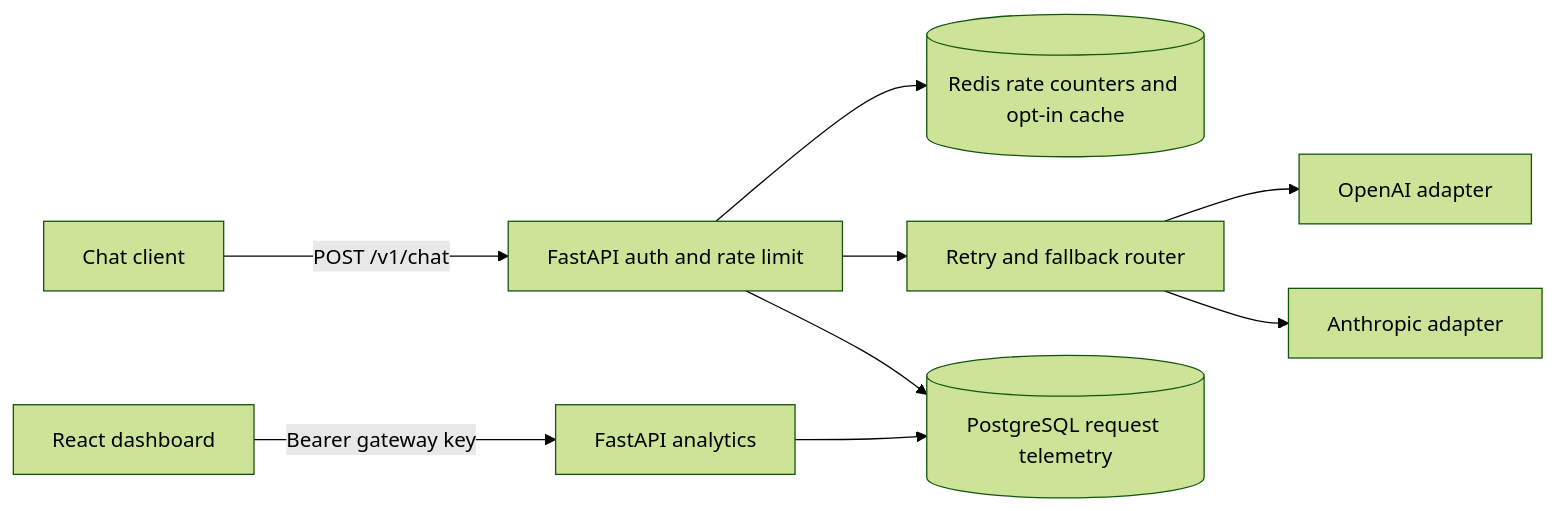
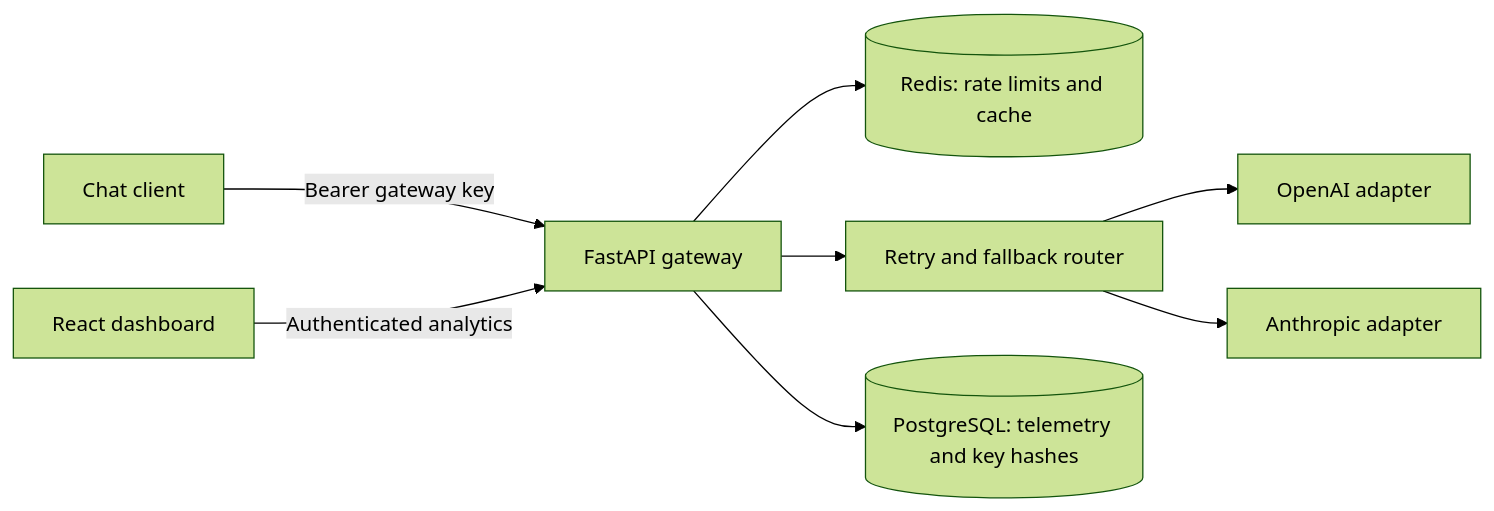
Before and after one commit to syedmohibimamzaidi/llm-gateway: the diagram in README.md, drawn with Mermaid (forest theme). The commit also changed other lines of this file, not shown here.

````diff
--- a/README.md
+++ b/README.md
@@ -39,11 +37,10 @@
 ```mermaid
 flowchart LR
-    Browser[React dashboard] -->|Bearer gateway key| API[FastAPI analytics]
-    Client[Chat client] -->|POST /v1/chat| Gateway[FastAPI auth and rate limit]
-    Gateway --> Redis[(Redis rate counters and opt-in cache)]
-    Gateway --> Router[Retry and fallback router]
+    Client[Chat client] -->|Bearer gateway key| API[FastAPI gateway]
+    API --> Redis[(Redis: rate limits and cache)]
+    API --> Router[Retry and fallback router]
     Router --> OpenAI[OpenAI adapter]
     Router --> Anthropic[Anthropic adapter]
-    Gateway --> Telemetry[(PostgreSQL request telemetry)]
-    API --> Telemetry
+    API --> Postgres[(PostgreSQL: telemetry and key hashes)]
+    Dashboard[React dashboard] -->|Authenticated analytics| API
 ```
````
